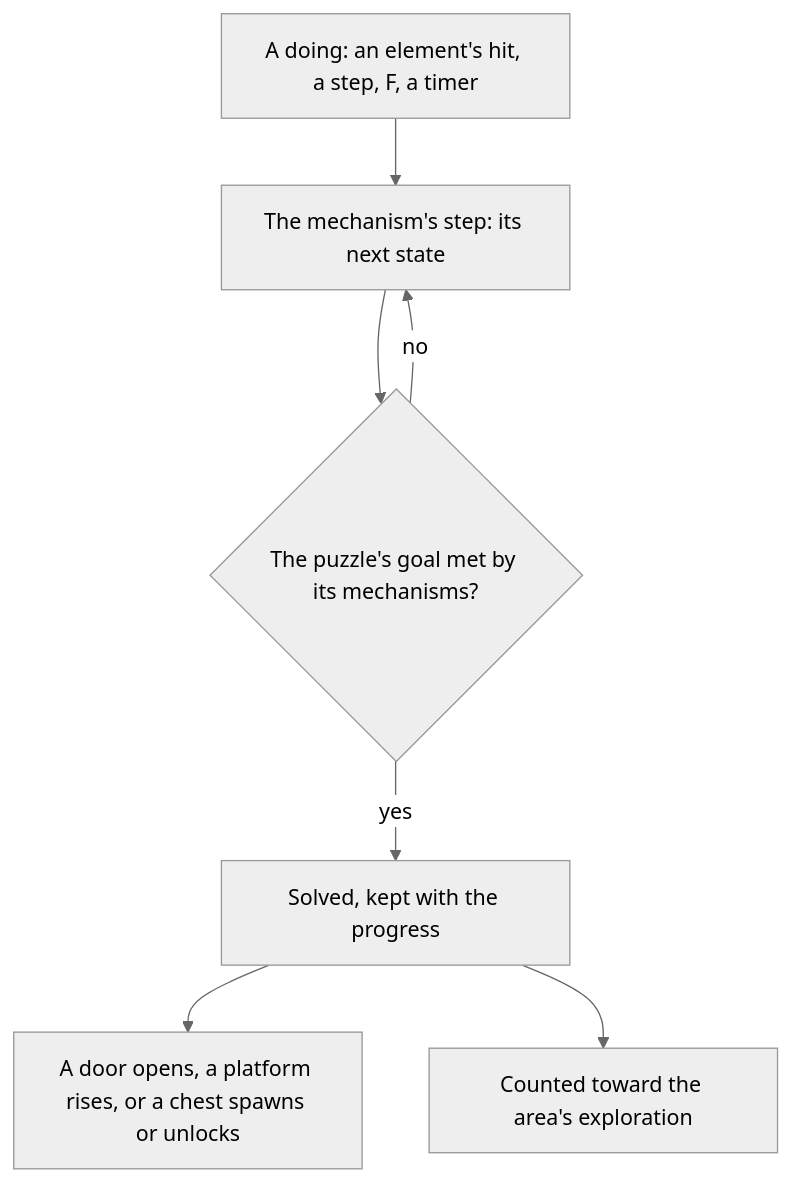
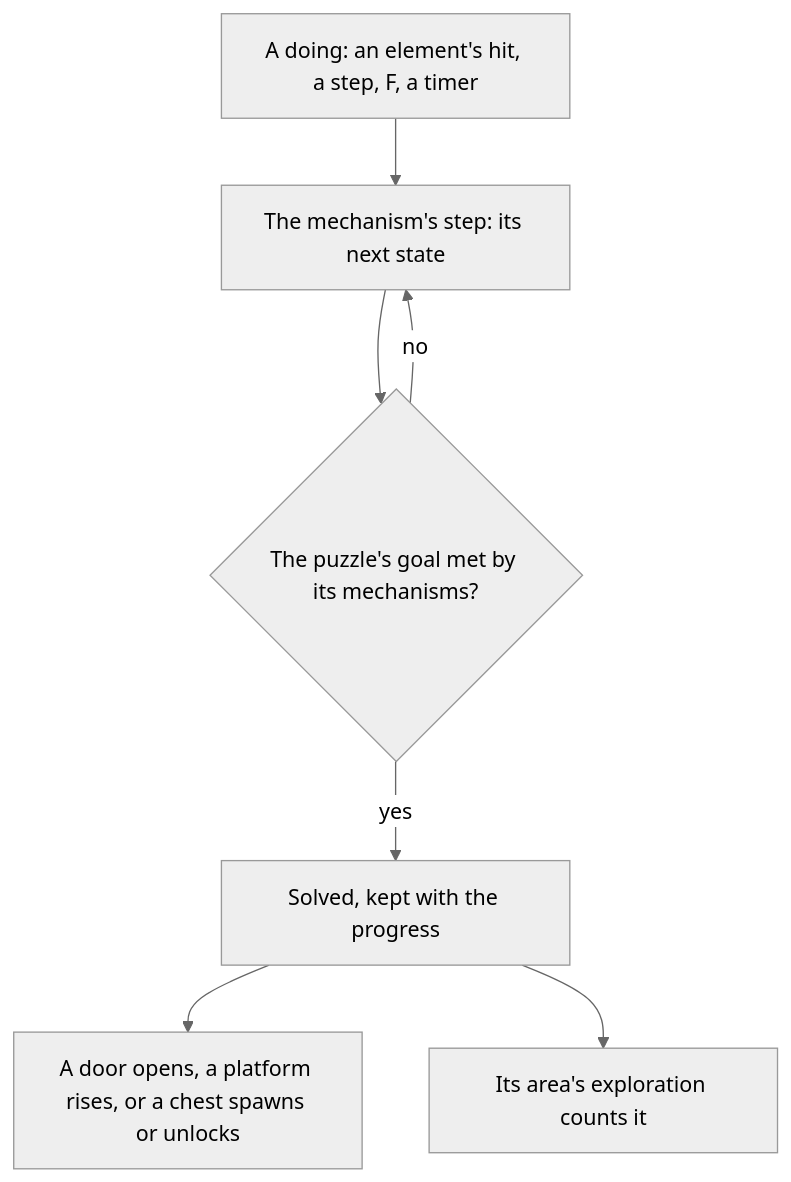
Before and after one commit to Esposter/Esposter: the diagram in apps/web/content/docs/proposals/genshin/puzzles.md, drawn with Mermaid (neutral theme). The commit also changed other lines of this file and 12 other files, not shown here.

````diff
--- a/apps/web/content/docs/proposals/genshin/puzzles.md
+++ b/apps/web/content/docs/proposals/genshin/puzzles.md
@@ -23,9 +23,9 @@
 ```mermaid
 flowchart TD
   DOING["A doing: an element's hit, a step, F, a timer"] --> MECH["The mechanism's step: its next state"]
   MECH --> GOAL{"The puzzle's goal met by its mechanisms?"}
   GOAL -->|"no"| MECH
   GOAL -->|"yes"| SOLVED["Solved, kept with the progress"]
   SOLVED --> EFFECT["A door opens, a platform rises, or a chest spawns or unlocks"]
-  SOLVED --> COUNT["Counted toward the area's exploration"]
+  SOLVED --> COUNT["Its area's exploration counts it"]
 ```
````
